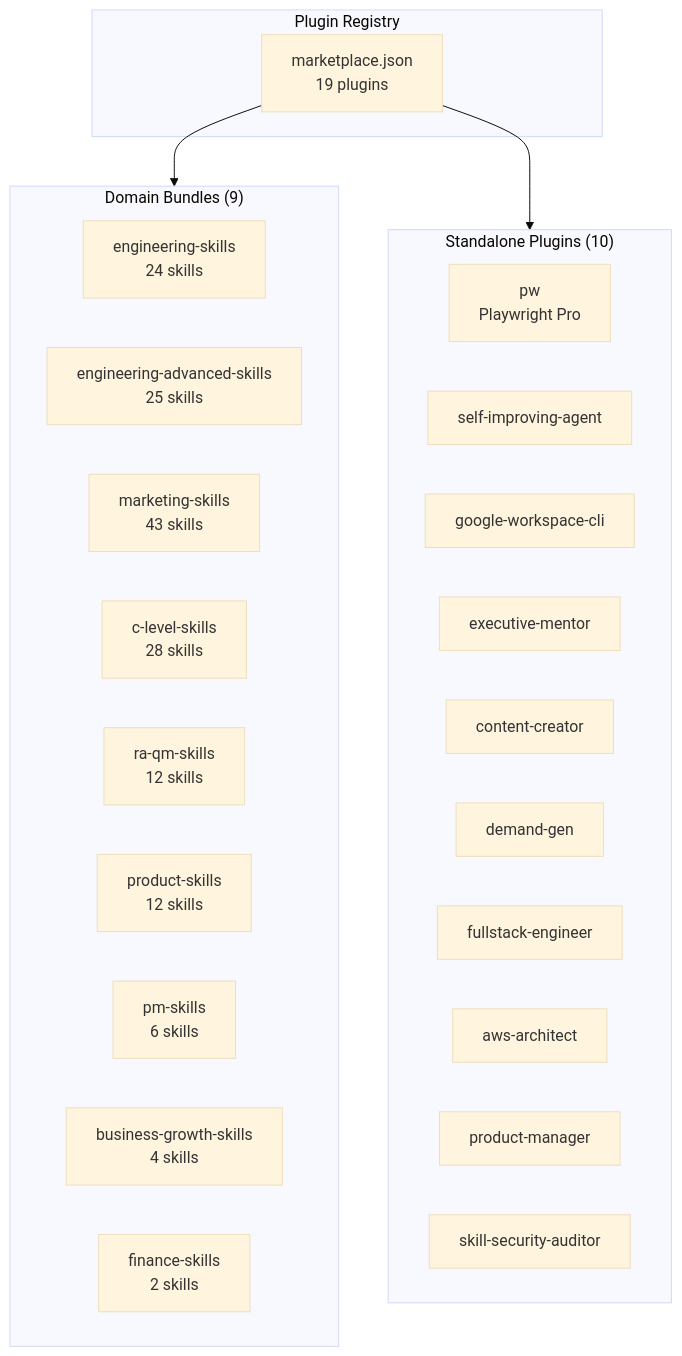
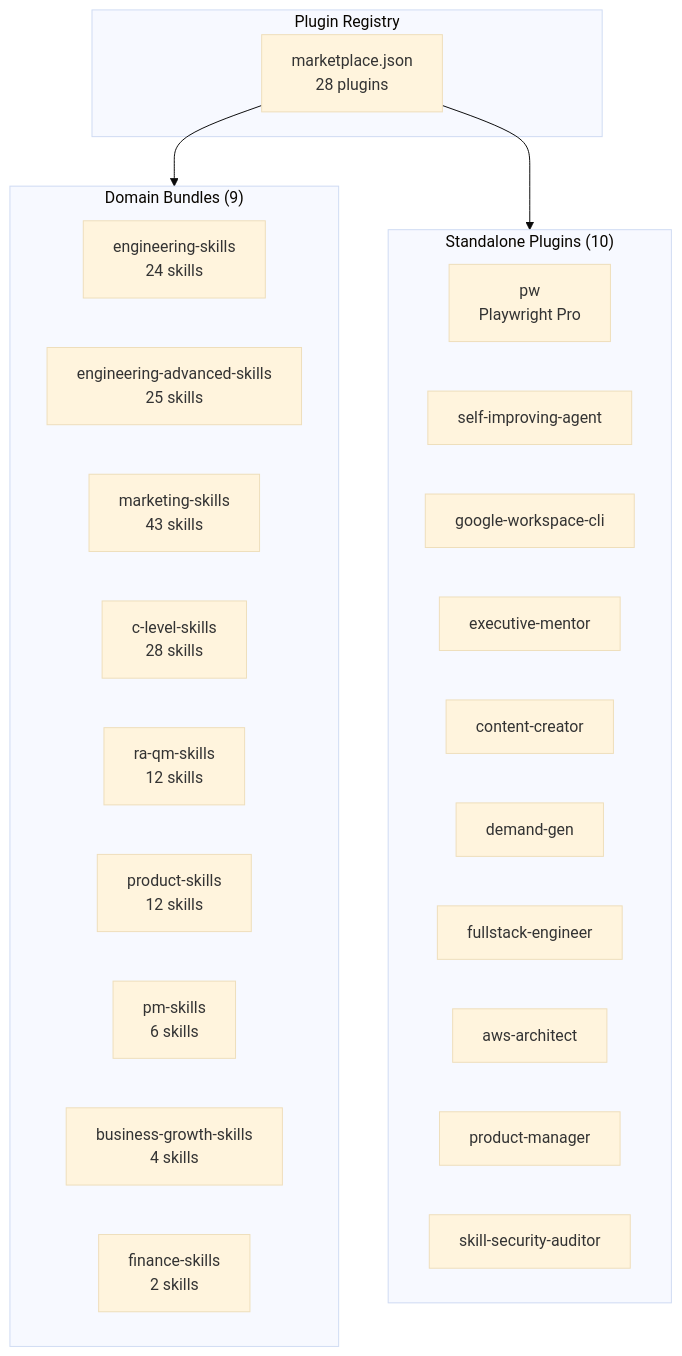
One commit to alirezarezvani/claude-skills changed the diagram in docs/plugins/index.md. Above: the diagram before and after it, drawn with Mermaid (base theme). The commit also changed other lines of this file and 18 other files, not shown here.

````diff
--- a/docs/plugins/index.md
+++ b/docs/plugins/index.md
@@ -90,34 +90,34 @@
 ```mermaid
 graph TB
     subgraph Registry["Plugin Registry"]
-        MP["marketplace.json<br/>19 plugins"]
+        MP["marketplace.json<br/>28 plugins"]
     end
 
     subgraph Bundles["Domain Bundles (9)"]
         B1["engineering-skills<br/>24 skills"]
         B2["engineering-advanced-skills<br/>25 skills"]
         B3["marketing-skills<br/>43 skills"]
         B4["c-level-skills<br/>28 skills"]
         B5["ra-qm-skills<br/>12 skills"]
         B6["product-skills<br/>12 skills"]
         B7["pm-skills<br/>6 skills"]
         B8["business-growth-skills<br/>4 skills"]
         B9["finance-skills<br/>2 skills"]
     end
 
     subgraph Standalone["Standalone Plugins (10)"]
         S1["pw<br/>Playwright Pro"]
         S2["self-improving-agent"]
         S3["google-workspace-cli"]
         S4["executive-mentor"]
         S5["content-creator"]
         S6["demand-gen"]
         S7["fullstack-engineer"]
         S8["aws-architect"]
         S9["product-manager"]
         S10["skill-security-auditor"]
     end
 
     MP --> Bundles
     MP --> Standalone
 ```
````
